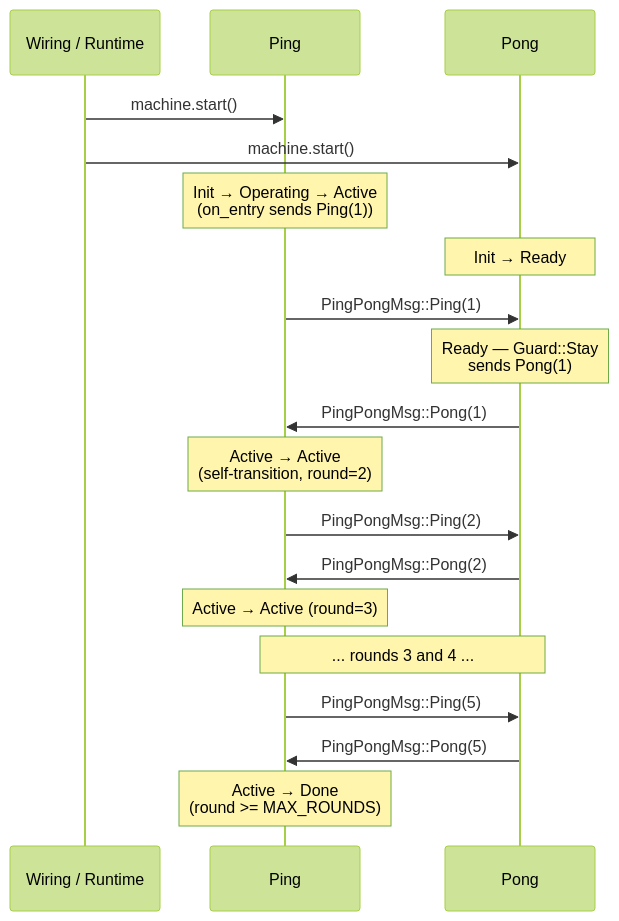
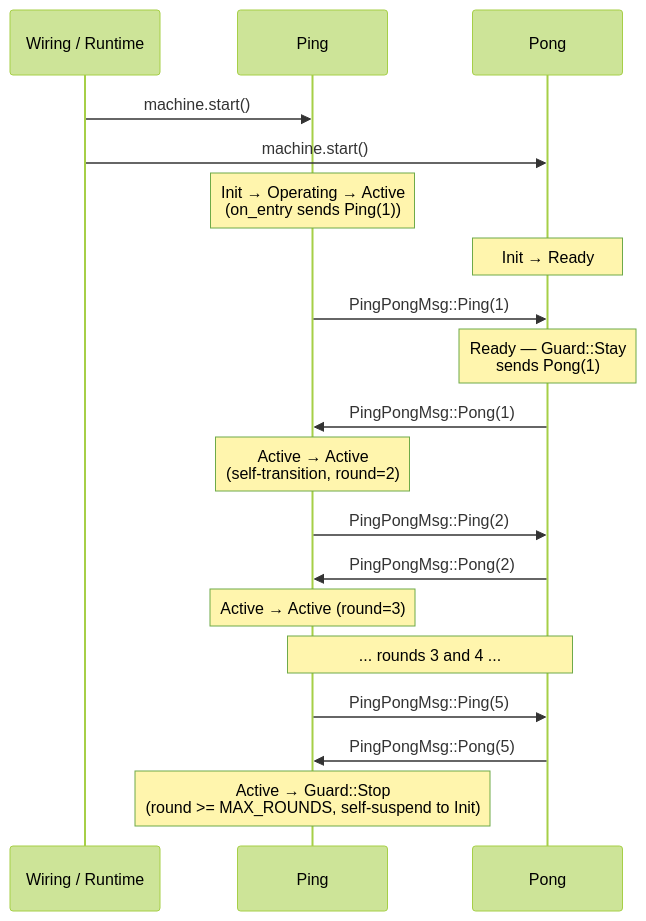
Before and after one commit to bloxide-com/bloxide: the third of 3 diagrams in spec/architecture/03-actor-messaging.md, drawn with Mermaid (forest theme). The commit also changed 4 other files, not shown here.

````diff
--- a/spec/architecture/03-actor-messaging.md
+++ b/spec/architecture/03-actor-messaging.md
@@ -66,27 +66,27 @@
 ```mermaid
 sequenceDiagram
     participant W as Wiring / Runtime
     participant Ping
     participant Pong
 
     W->>Ping: machine.start()
     W->>Pong: machine.start()
 
     Note over Ping: Init → Operating → Active<br/>(on_entry sends Ping(1))
     Note over Pong: Init → Ready
 
     Ping->>Pong: PingPongMsg::Ping(1)
     Note over Pong: Ready — Guard::Stay<br/>sends Pong(1)
     Pong->>Ping: PingPongMsg::Pong(1)
     Note over Ping: Active → Active<br/>(self-transition, round=2)
 
     Ping->>Pong: PingPongMsg::Ping(2)
     Pong->>Ping: PingPongMsg::Pong(2)
     Note over Ping: Active → Active (round=3)
 
     Note over Ping,Pong: ... rounds 3 and 4 ...
 
     Ping->>Pong: PingPongMsg::Ping(5)
     Pong->>Ping: PingPongMsg::Pong(5)
-    Note over Ping: Active → Done<br/>(round >= MAX_ROUNDS)
+    Note over Ping: Active → Guard::Stop<br/>(round >= MAX_ROUNDS, self-suspend to Init)
 ```
````
